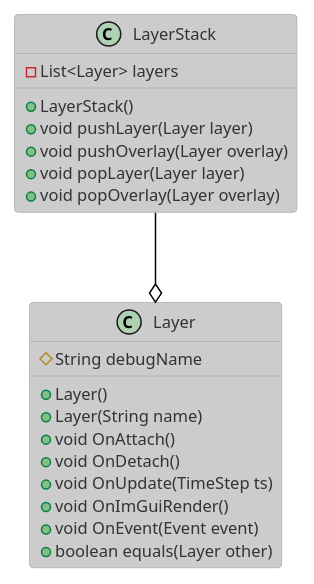
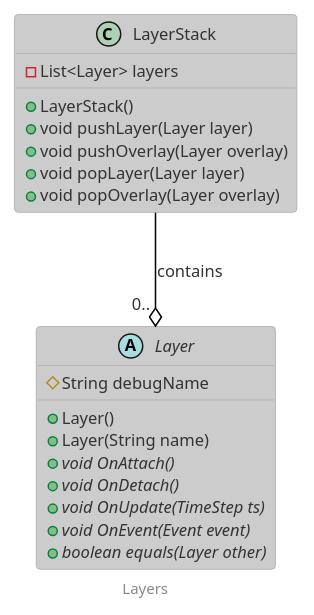
The diagram in docs/src/diagrams/layers.puml (dani3/bit-of-sharp-practice), drawn with PlantUML before and after one commit. The commit also changed 18 other files, not shown here.

Commit message:
Updated diagrams

```diff
--- a/docs/src/diagrams/layers.puml
+++ b/docs/src/diagrams/layers.puml
@@ -1,27 +1,28 @@
 @startuml
 
 !theme reddress-lightorange
+footer Layers
 
 class LayerStack {
     - List<Layer> layers
     + LayerStack()
     + void pushLayer(Layer layer)
     + void pushOverlay(Layer overlay)
     + void popLayer(Layer layer)
     + void popOverlay(Layer overlay)
 }
 
-class Layer {
+abstract class Layer {
     # String debugName
     + Layer()
     + Layer(String name)
-    + void OnAttach()
-    + void OnDetach()
-    + void OnUpdate(TimeStep ts)
-    + void OnImGuiRender()
-    + void OnEvent(Event event)
-    + boolean equals(Layer other)
+    {abstract} + void OnAttach()
+    {abstract} + void OnDetach()
+    {abstract} + void OnUpdate(TimeStep ts)
+    {abstract} + void OnEvent(Event event)
+    {abstract} + boolean equals(Layer other)
 }
 
-LayerStack --o Layer
+LayerStack --o "0.. " Layer : contains
+
 @enduml
```
